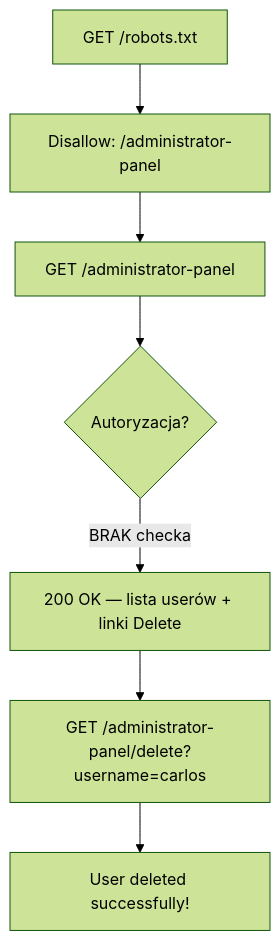
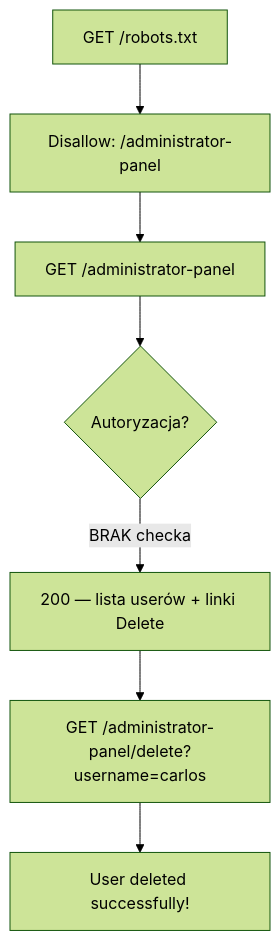
Before and after one commit to DrCondor/portswigger-labs: the diagram in access-control/01-unprotected-admin-functionality.md, drawn with Mermaid (forest theme). The commit also changed other lines of this file and 26 other files, not shown here.

````diff
--- a/access-control/01-unprotected-admin-functionality.md
+++ b/access-control/01-unprotected-admin-functionality.md
@@ -55,9 +36,9 @@
 ```mermaid
 flowchart TD
     A[GET /robots.txt] --> B["Disallow: /administrator-panel"]
     B --> C[GET /administrator-panel]
     C --> D{Autoryzacja?}
-    D -->|BRAK checka| E[200 OK — lista userów + linki Delete]
+    D -->|BRAK checka| E[200 — lista userów + linki Delete]
     E --> F["GET /administrator-panel/delete?username=carlos"]
     F --> G[User deleted successfully!]
 ```
````
